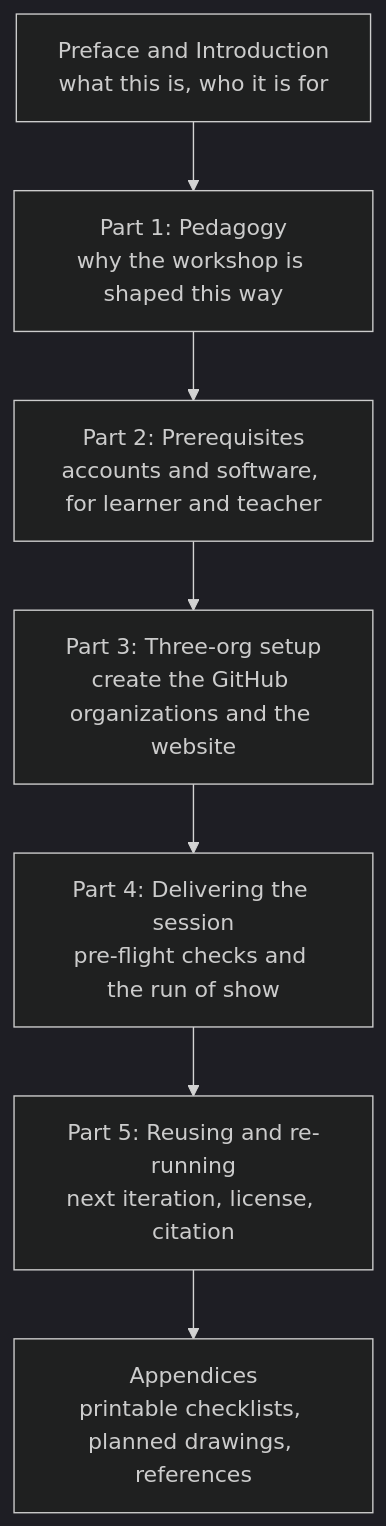
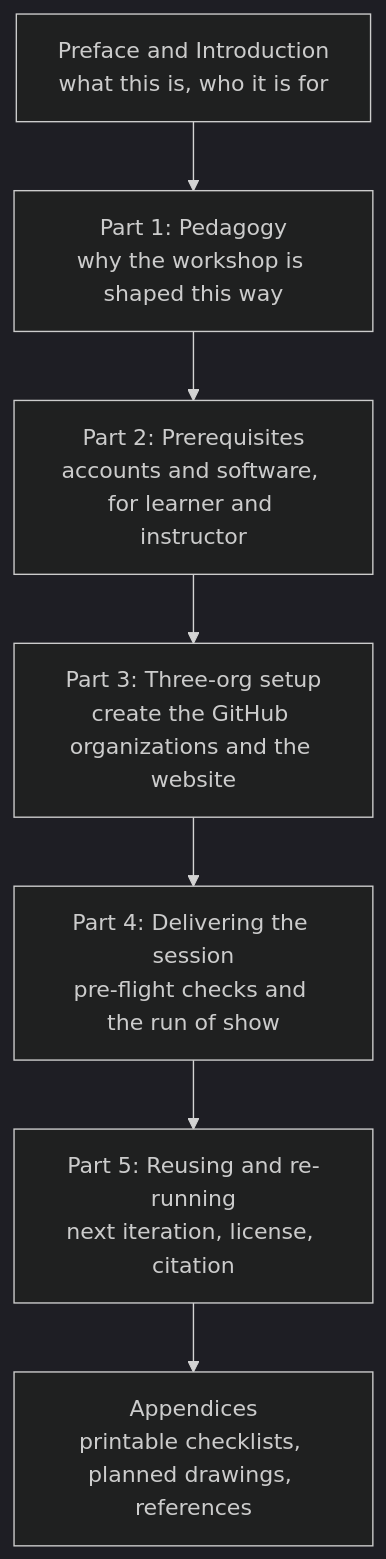
Before and after one commit to gitforsci/website: the first of 2 diagrams in intro.qmd, drawn with Mermaid (dark theme). The commit also changed other lines of this file and 21 other files, not shown here.

````diff
--- a/intro.qmd
+++ b/intro.qmd
@@ -17,10 +15,10 @@
 ```{mermaid}
 flowchart TD
     P[Preface and Introduction<br/>what this is, who it is for] --> A
     A[Part 1: Pedagogy<br/>why the workshop is shaped this way] --> B
-    B[Part 2: Prerequisites<br/>accounts and software, for learner and teacher] --> C
+    B[Part 2: Prerequisites<br/>accounts and software, for learner and instructor] --> C
     C[Part 3: Three-org setup<br/>create the GitHub organizations and the website] --> D
     D[Part 4: Delivering the session<br/>pre-flight checks and the run of show] --> E
     E[Part 5: Reusing and re-running<br/>next iteration, license, citation] --> F
     F[Appendices<br/>printable checklists, planned drawings, references]
 ```
````
